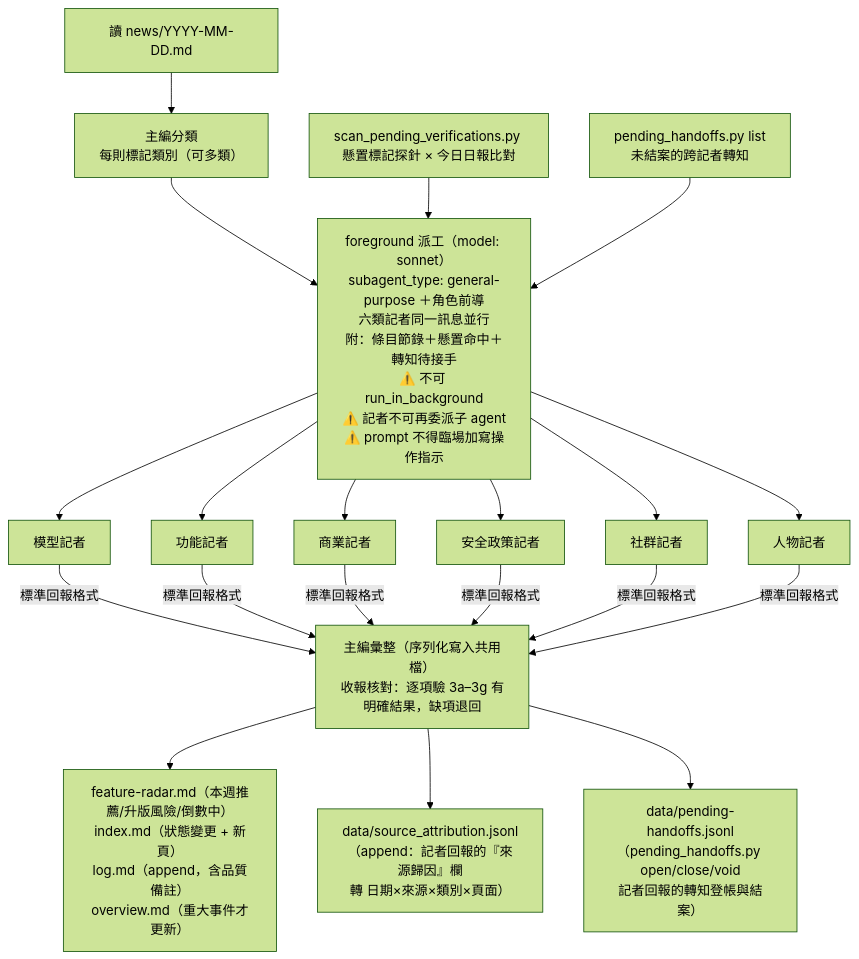
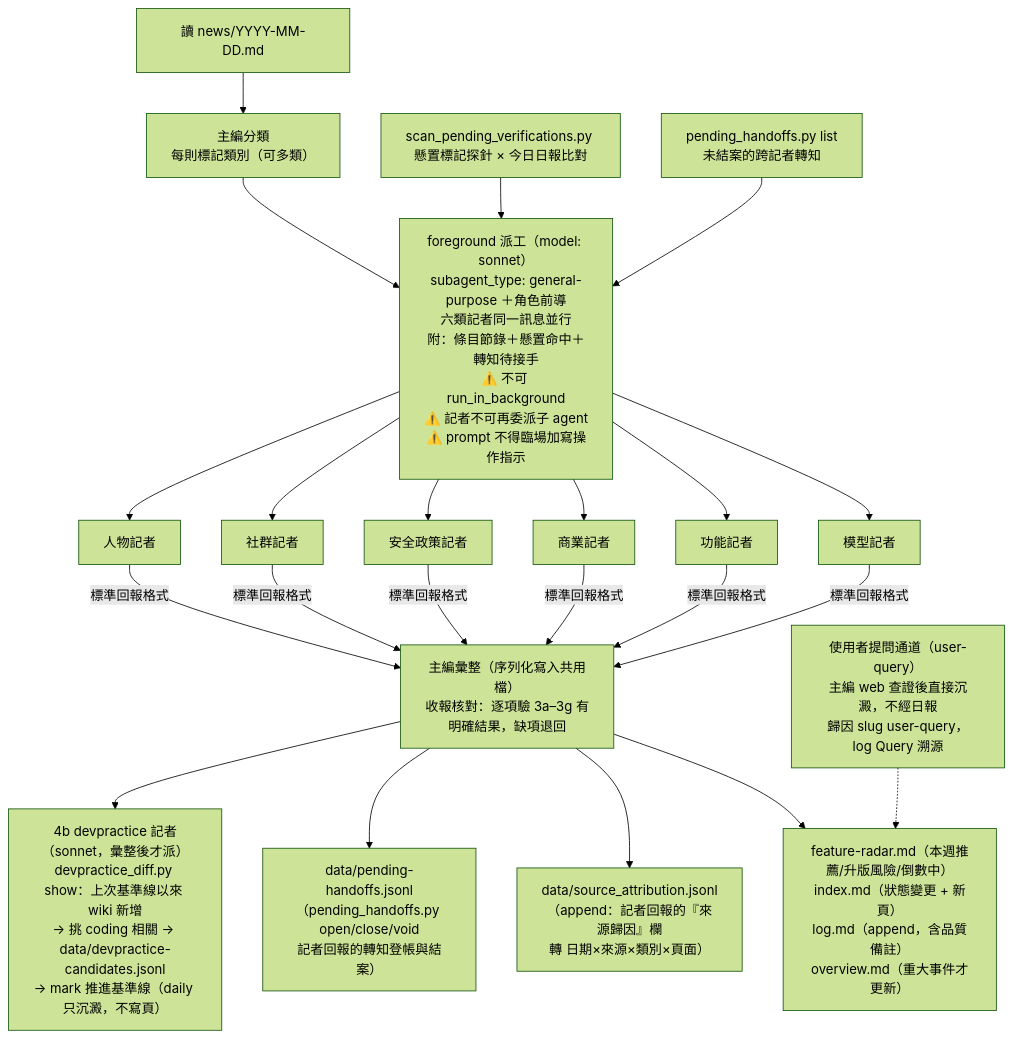
One commit to mandy82477/claude-news changed the fourth of 9 diagrams in src/DesignDocument/Design Diagram.md. Above: the diagram before and after it, drawn with Mermaid (forest theme). The commit also changed other lines of this file and 2 other files, not shown here.

Commit message:
docs: 架構文件同步 GitHub 發現機制改版（A/B/C/D 窗＋E 記錄端）、devpractice 第七位記者、user-query 進料、興趣榜、append-only 自解；修正雲端班次六班→三班漂移

````diff
--- a/src/DesignDocument/Design Diagram.md
+++ b/src/DesignDocument/Design Diagram.md
@@ -142,27 +147,29 @@
 ```mermaid
 flowchart TD
     NEWS["讀 news/YYYY-MM-DD.md"] --> CLASSIFY
 
     CLASSIFY["主編分類\n每則標記類別（可多類）"] --> DISPATCH
 
     SCAN["scan_pending_verifications.py <date>\n懸置標記探針 × 今日日報比對"] --> DISPATCH
     HANDIN["pending_handoffs.py list\n未結案的跨記者轉知"] --> DISPATCH
 
     DISPATCH["foreground 派工（model: sonnet）\nsubagent_type: general-purpose ＋角色前導\n六類記者同一訊息並行\n附：條目節錄＋懸置命中＋轉知待接手\n⚠️ 不可 run_in_background\n⚠️ 記者不可再委派子 agent\n⚠️ prompt 不得臨場加寫操作指示"]
 
     DISPATCH --> R1 & R2 & R3 & R4 & R5 & R6
 
     R1["模型記者"]
     R2["功能記者"]
     R3["商業記者"]
     R4["安全政策記者"]
     R5["社群記者"]
     R6["人物記者"]
 
     R1 & R2 & R3 & R4 & R5 & R6 -->|標準回報格式| CONSOLIDATE
 
     CONSOLIDATE["主編彙整（序列化寫入共用檔）\n收報核對：逐項驗 3a–3g 有明確結果，缺項退回"]
     CONSOLIDATE --> SHARED["feature-radar.md（本週推薦/升版風險/倒數中）\nindex.md（狀態變更 + 新頁）\nlog.md（append，含品質備註）\noverview.md（重大事件才更新）"]
     CONSOLIDATE --> LEDGER["data/source_attribution.jsonl\n（append：記者回報的『來源歸因』欄\n轉 日期×來源×類別×頁面）"]
     CONSOLIDATE --> HAND["data/pending-handoffs.jsonl\n（pending_handoffs.py open/close/void\n記者回報的轉知登帳與結案）"]
+    CONSOLIDATE --> DEVP["4b devpractice 記者（sonnet，彙整後才派）\ndevpractice_diff.py show：上次基準線以來 wiki 新增\n→ 挑 coding 相關 → data/devpractice-candidates.jsonl\n→ mark 推進基準線（daily 只沉澱，不寫頁）"]
+    USERQ["使用者提問通道（user-query）\n主編 web 查證後直接沉澱，不經日報\n歸因 slug user-query，log Query 溯源"] -.-> SHARED
 ```
````
